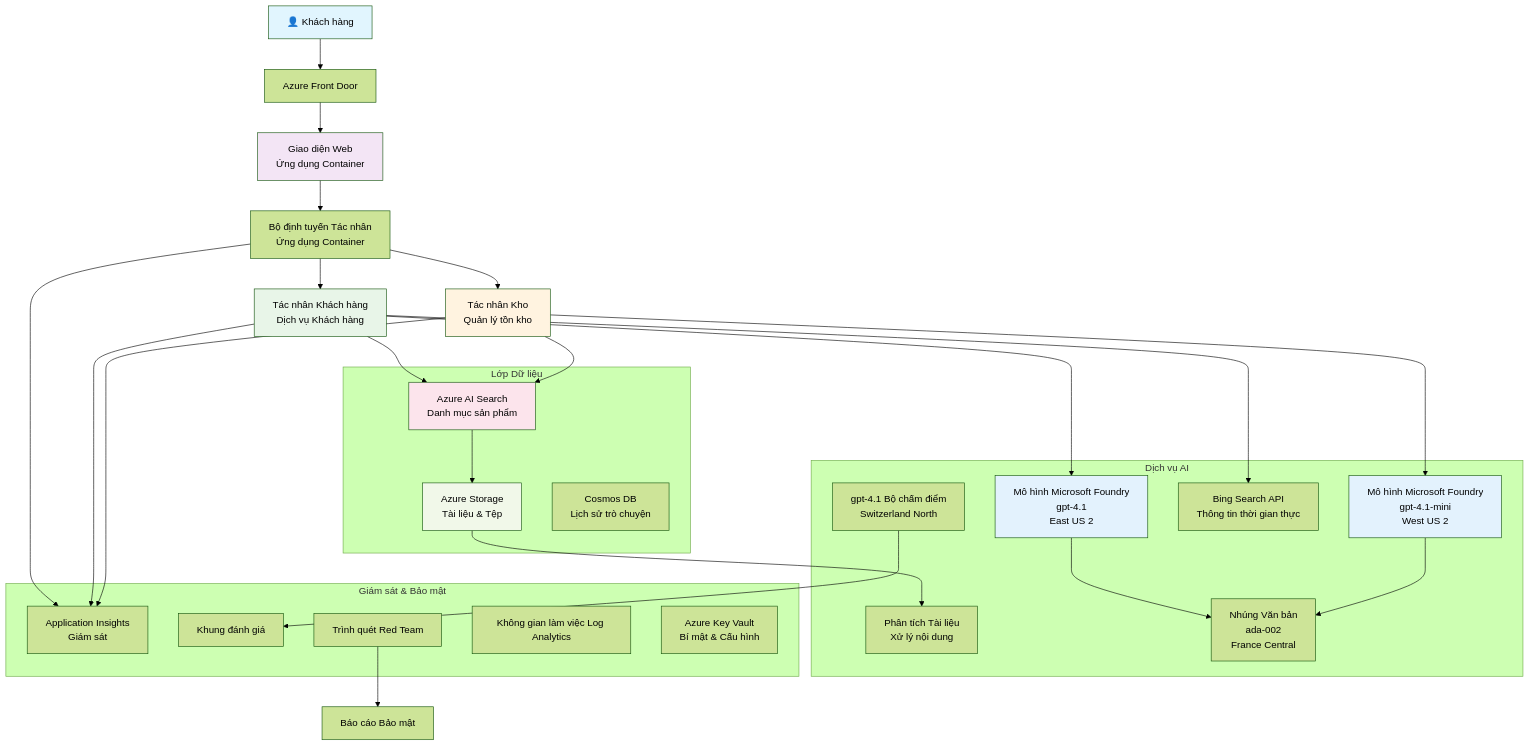
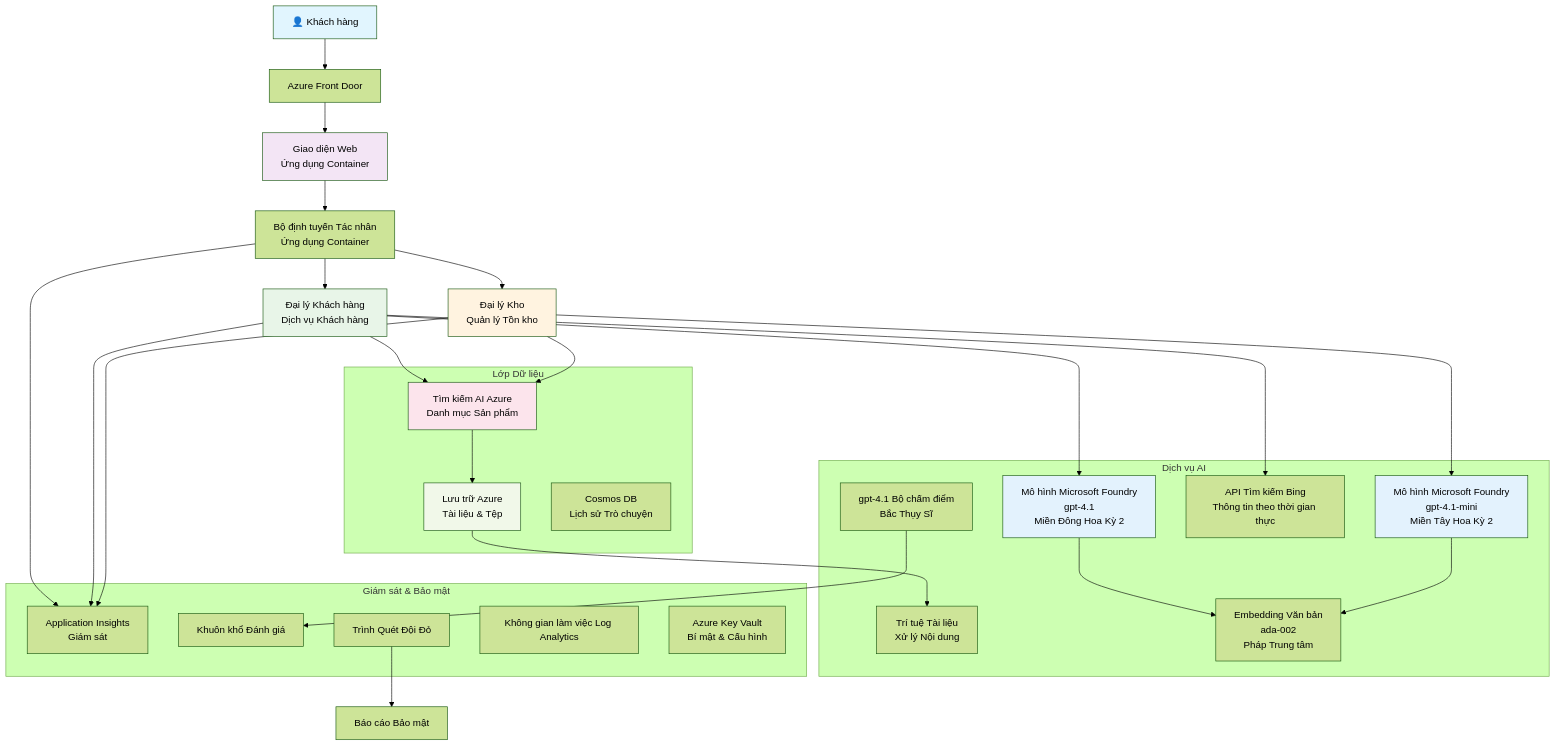
The diagram in translations/vi/examples/retail-scenario.md (microsoft/AZD-for-beginners), drawn with Mermaid (forest theme) before and after one commit. The commit also changed other lines of this file and 104 other files, not shown here.

````diff
--- a/translations/vi/examples/retail-scenario.md
+++ b/translations/vi/examples/retail-scenario.md
@@ -139,61 +139,61 @@
 ```mermaid
 graph TB
     User[👤 Khách hàng] --> LB[Azure Front Door]
     LB --> WebApp[Giao diện Web<br/>Ứng dụng Container]
     
     WebApp --> Router[Bộ định tuyến Tác nhân<br/>Ứng dụng Container]
-    Router --> CustomerAgent[Tác nhân Khách hàng<br/>Dịch vụ Khách hàng]
-    Router --> InvAgent[Tác nhân Kho<br/>Quản lý tồn kho]
+    Router --> CustomerAgent[Đại lý Khách hàng<br/>Dịch vụ Khách hàng]
+    Router --> InvAgent[Đại lý Kho<br/>Quản lý Tồn kho]
     
-    CustomerAgent --> OpenAI1[Mô hình Microsoft Foundry<br/>gpt-4.1<br/>East US 2]
-    InvAgent --> OpenAI2[Mô hình Microsoft Foundry<br/>gpt-4.1-mini<br/>West US 2]
+    CustomerAgent --> OpenAI1[Mô hình Microsoft Foundry<br/>gpt-4.1<br/>Miền Đông Hoa Kỳ 2]
+    InvAgent --> OpenAI2[Mô hình Microsoft Foundry<br/>gpt-4.1-mini<br/>Miền Tây Hoa Kỳ 2]
     
-    CustomerAgent --> AISearch[Azure AI Search<br/>Danh mục sản phẩm]
-    CustomerAgent --> BingSearch[Bing Search API<br/>Thông tin thời gian thực]
+    CustomerAgent --> AISearch[Tìm kiếm AI Azure<br/>Danh mục Sản phẩm]
+    CustomerAgent --> BingSearch[API Tìm kiếm Bing<br/>Thông tin theo thời gian thực]
     InvAgent --> AISearch
     
-    AISearch --> Storage[Azure Storage<br/>Tài liệu & Tệp]
-    Storage --> DocIntel[Phân tích Tài liệu<br/>Xử lý nội dung]
+    AISearch --> Storage[Lưu trữ Azure<br/>Tài liệu & Tệp]
+    Storage --> DocIntel[Trí tuệ Tài liệu<br/>Xử lý Nội dung]
     
-    OpenAI1 --> Embeddings[Nhúng Văn bản<br/>ada-002<br/>France Central]
+    OpenAI1 --> Embeddings[Embedding Văn bản<br/>ada-002<br/>Pháp Trung tâm]
     OpenAI2 --> Embeddings
     
     Router --> AppInsights[Application Insights<br/>Giám sát]
     CustomerAgent --> AppInsights
     InvAgent --> AppInsights
     
-    GraderModel[gpt-4.1 Bộ chấm điểm<br/>Switzerland North] --> Evaluation[Khung đánh giá]
-    RedTeam[Trình quét Red Team] --> SecurityReports[Báo cáo Bảo mật]
+    GraderModel[gpt-4.1 Bộ chấm điểm<br/>Bắc Thụy Sĩ] --> Evaluation[Khuôn khổ Đánh giá]
+    RedTeam[Trình Quét Đội Đỏ] --> SecurityReports[Báo cáo Bảo mật]
     
     subgraph "Lớp Dữ liệu"
         Storage
         AISearch
-        CosmosDB[Cosmos DB<br/>Lịch sử trò chuyện]
+        CosmosDB[Cosmos DB<br/>Lịch sử Trò chuyện]
     end
     
     subgraph "Dịch vụ AI"
         OpenAI1
         OpenAI2
         Embeddings
         GraderModel
         DocIntel
         BingSearch
     end
     
     subgraph "Giám sát & Bảo mật"
         AppInsights
         LogAnalytics[Không gian làm việc Log Analytics]
         KeyVault[Azure Key Vault<br/>Bí mật & Cấu hình]
         RedTeam
         Evaluation
     end
     
     style User fill:#e1f5fe
     style WebApp fill:#f3e5f5
     style CustomerAgent fill:#e8f5e8
     style InvAgent fill:#fff3e0
     style OpenAI1 fill:#e3f2fd
     style OpenAI2 fill:#e3f2fd
     style AISearch fill:#fce4ec
     style Storage fill:#f1f8e9
 ```
````
